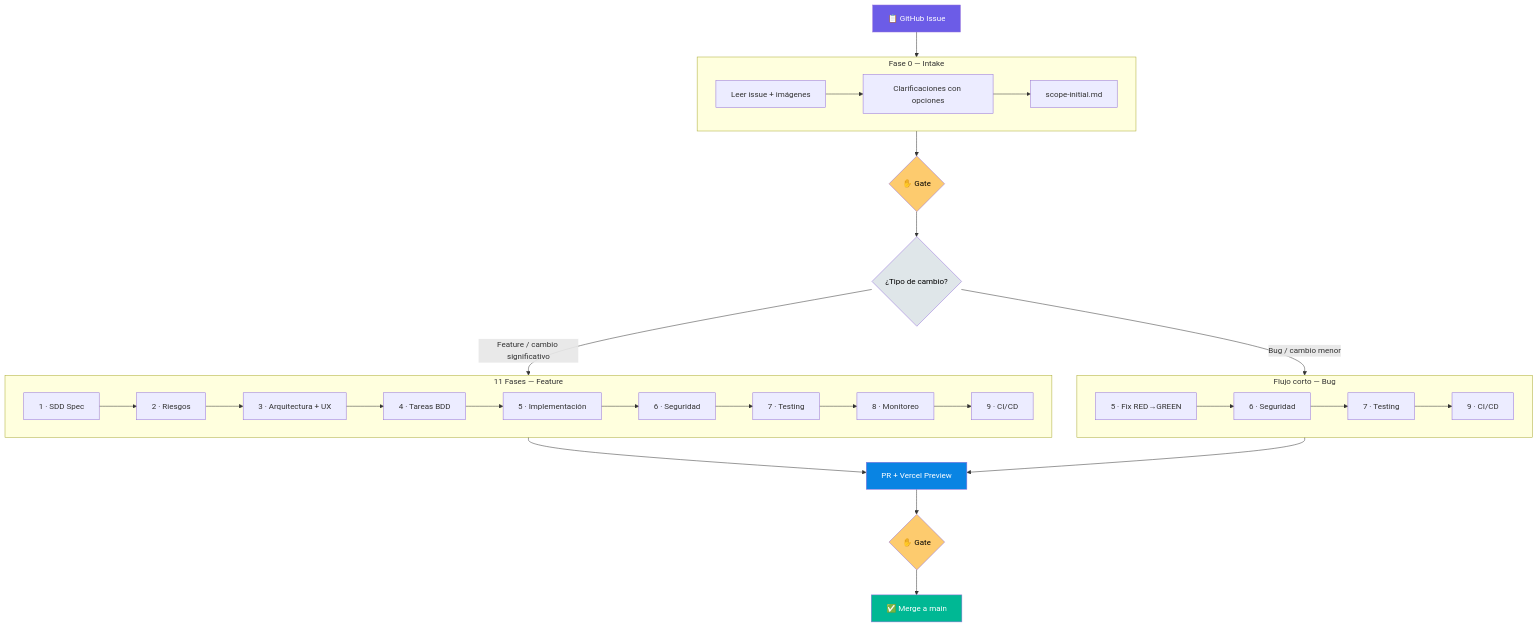
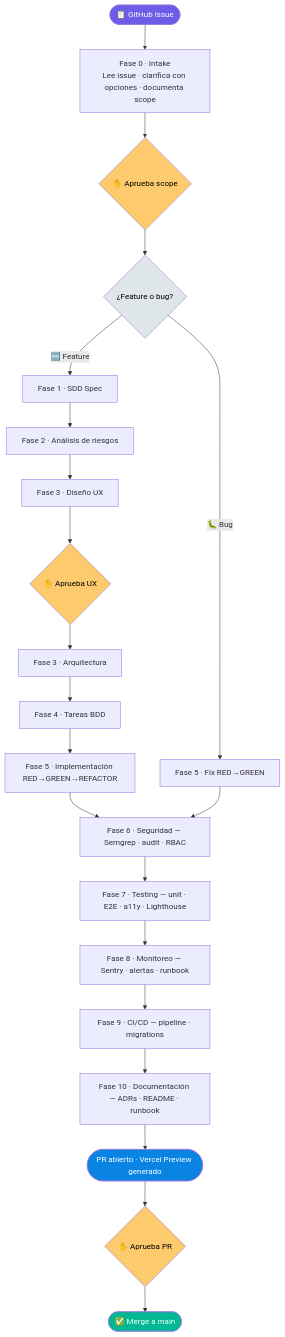
Before and after one commit to cromilakis/cromi-arch: the diagram in home.md, drawn with Mermaid.

Commit message:
docs: diagrama de flujo vertical y legible en home.md

````diff
--- a/home.md
+++ b/home.md
@@ -9,38 +9,44 @@
 ```mermaid
 flowchart TD
-    ISSUE["📋 GitHub Issue"] --> F0
+    ISSUE(["📋 GitHub Issue"])
+    F0["Fase 0 · Intake\nLee issue · clarifica con opciones · documenta scope"]
+    G0{"✋ Aprueba scope"}
+    TIPO{"¿Feature o bug?"}
 
-    subgraph F0 ["Fase 0 — Intake"]
-        direction LR
-        LE["Leer issue + imágenes"] --> CL["Clarificaciones con opciones"] --> SC["scope-initial.md"]
-    end
+    ISSUE --> F0 --> G0 --> TIPO
 
-    F0 --> G0{"✋ Gate"}
-    G0 --> TIPO{"¿Tipo de cambio?"}
+    F1["Fase 1 · SDD Spec"]
+    F2["Fase 2 · Análisis de riesgos"]
+    F3["Fase 3 · Diseño UX"]
+    G3{"✋ Aprueba UX"}
+    F3A["Fase 3 · Arquitectura"]
+    F4["Fase 4 · Tareas BDD"]
+    F5["Fase 5 · Implementación RED→GREEN→REFACTOR"]
+    F5B["Fase 5 · Fix RED→GREEN"]
+    F6["Fase 6 · Seguridad — Semgrep · audit · RBAC"]
+    F7["Fase 7 · Testing — unit · E2E · a11y · Lighthouse"]
+    F8["Fase 8 · Monitoreo — Sentry · alertas · runbook"]
+    F9["Fase 9 · CI/CD — pipeline · migrations"]
+    F10["Fase 10 · Documentación — ADRs · README · runbook"]
+    PR(["PR abierto · Vercel Preview generado"])
+    G9{"✋ Aprueba PR"}
+    DONE(["✅ Merge a main"])
 
-    TIPO -->|"Feature / cambio significativo"| FULL
-    TIPO -->|"Bug / cambio menor"| SHORT
+    TIPO -->|"🆕 Feature"| F1
+    F1 --> F2 --> F3 --> G3 --> F3A --> F4 --> F5
+    F5 --> F6
 
-    subgraph FULL ["11 Fases — Feature"]
-        direction LR
-        F1["1 · SDD Spec"] --> F2["2 · Riesgos"] --> F3["3 · Arquitectura + UX"] --> F4["4 · Tareas BDD"] --> F5F["5 · Implementación"] --> F6F["6 · Seguridad"] --> F7F["7 · Testing"] --> F8["8 · Monitoreo"] --> F9F["9 · CI/CD"]
-    end
+    TIPO -->|"🐛 Bug"| F5B
+    F5B --> F6
 
-    subgraph SHORT ["Flujo corto — Bug"]
-        direction LR
-        F5B["5 · Fix RED→GREEN"] --> F6B["6 · Seguridad"] --> F7B["7 · Testing"] --> F9B["9 · CI/CD"]
-    end
-
-    FULL --> PR
-    SHORT --> PR
-
-    PR["PR + Vercel Preview"] --> G9{"✋ Gate"}
-    G9 --> DONE["✅ Merge a main"]
+    F6 --> F7 --> F8 --> F9 --> F10 --> PR
+    PR --> G9 --> DONE
 
     style ISSUE fill:#6C5CE7,color:#fff
     style DONE fill:#00B894,color:#fff
     style G0 fill:#FDCB6E,color:#000
+    style G3 fill:#FDCB6E,color:#000
     style G9 fill:#FDCB6E,color:#000
     style TIPO fill:#dfe6e9,color:#000
     style PR fill:#0984E3,color:#fff
 ```
````
